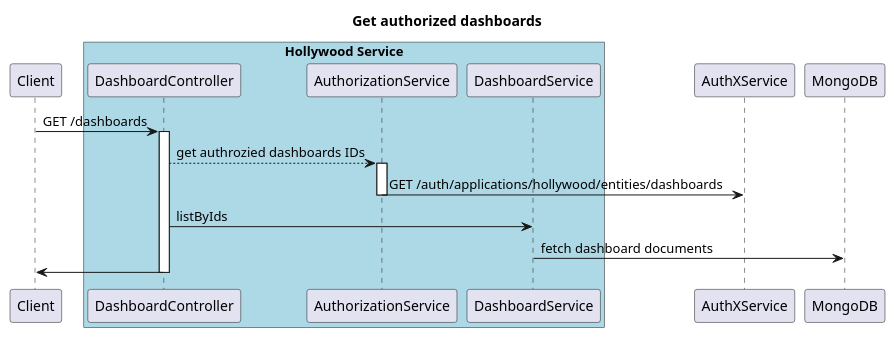
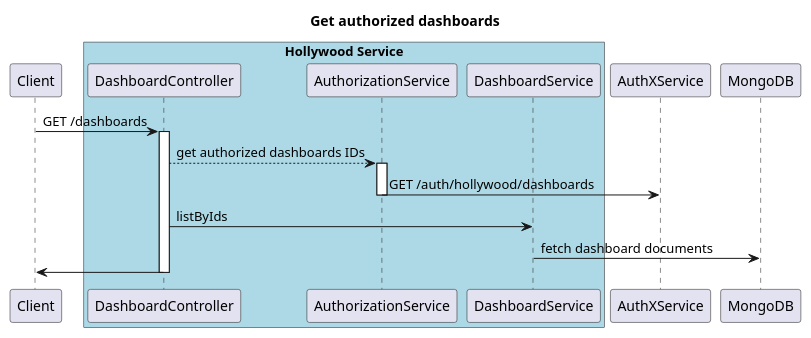
The diagram in doc/authx_dashboards_sequence.puml (nachetecanon/hollywood), drawn with PlantUML before and after one commit. The commit also changed 11 other files, not shown here.

```diff
--- a/doc/authx_dashboards_sequence.puml
+++ b/doc/authx_dashboards_sequence.puml
@@ -1,19 +1,19 @@
 @startuml
 title Get authorized dashboards
 
 Client -> DashboardController: GET /dashboards
 box "Hollywood Service" #LightBlue
 	participant DashboardController
 	participant AuthorizationService
 	participant DashboardService
 end box
 activate DashboardController
-DashboardController --> AuthorizationService: get authrozied dashboards IDs
+DashboardController --> AuthorizationService: get authorized dashboards IDs
 activate AuthorizationService
-AuthorizationService -> AuthXService : GET /auth/applications/hollywood/entities/dashboards
+AuthorizationService -> AuthXService : GET /auth/hollywood/dashboards
 deactivate AuthorizationService
 DashboardController -> DashboardService : listByIds
 DashboardService -> MongoDB : fetch dashboard documents
 DashboardController -> Client
 deactivate DashboardController
 @enduml
```
